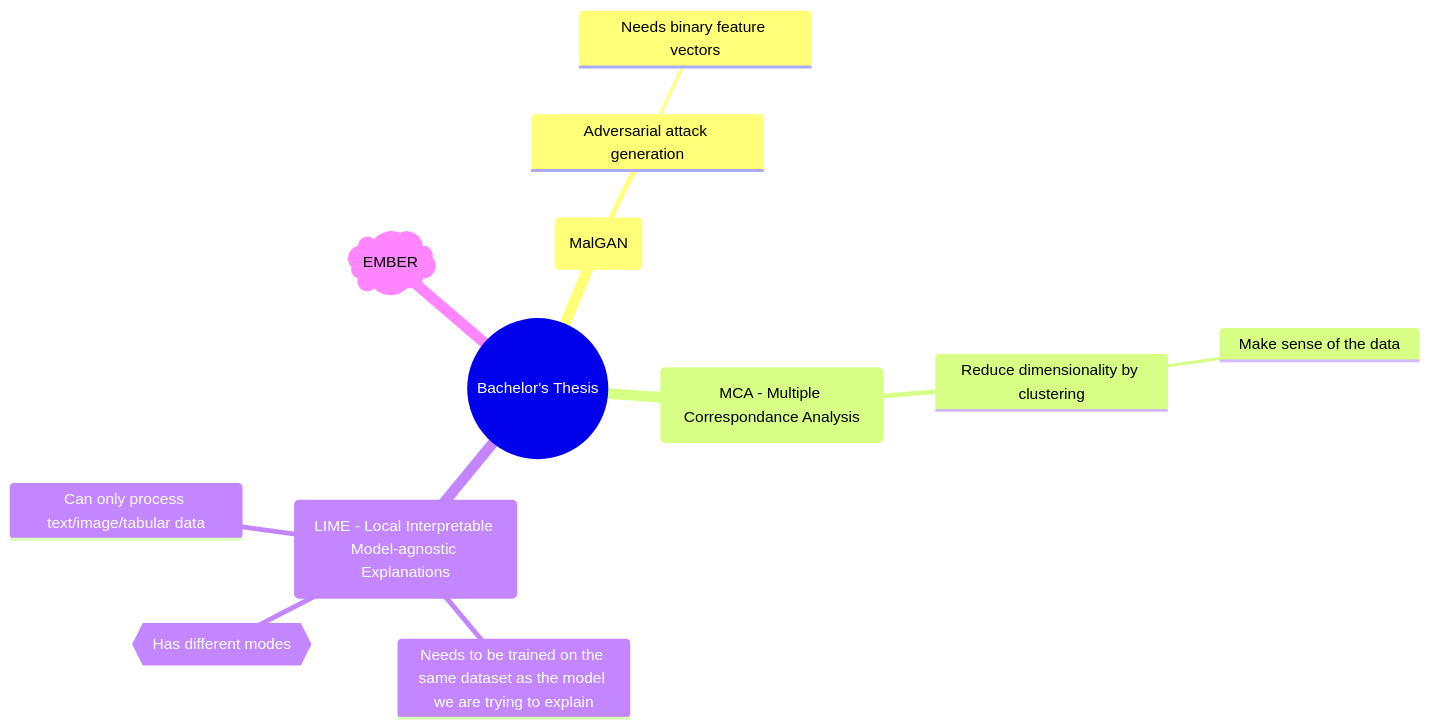
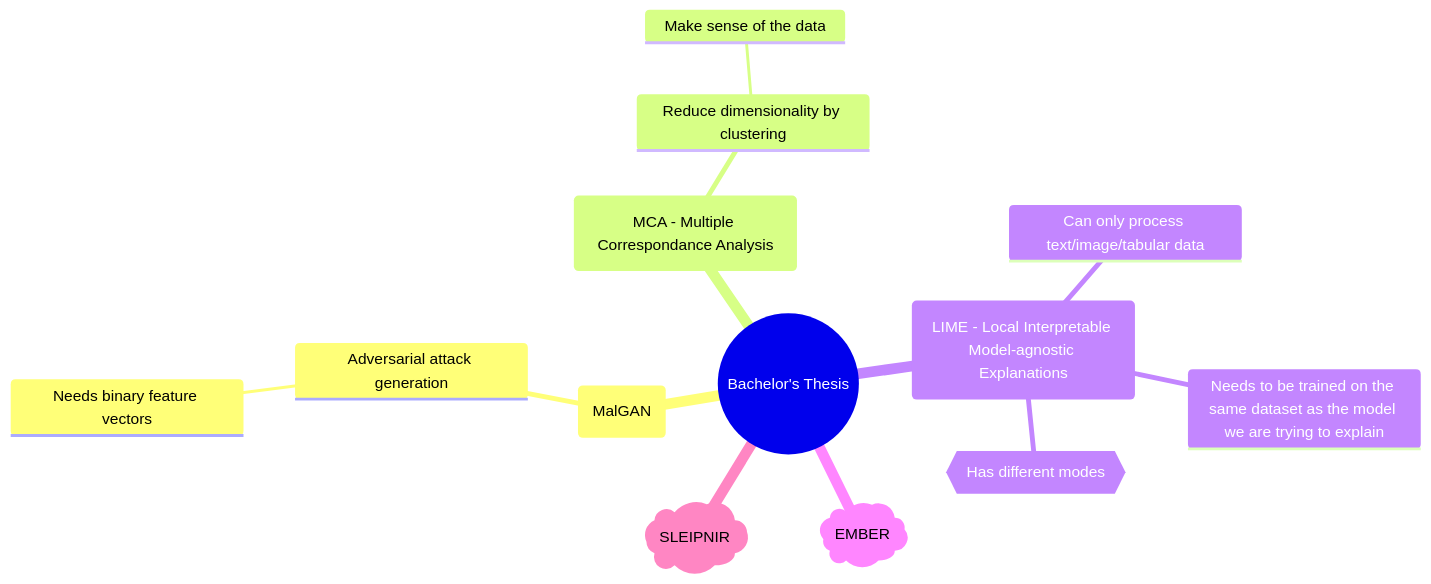
Before and after one commit to onlyidev/bachelor: the diagram in README.md, drawn with Mermaid.

Commit message:
Add SLEIPNIR to mind map

````diff
--- a/README.md
+++ b/README.md
@@ -24,15 +24,16 @@
 ```mermaid
 mindmap
   root((Bachelor's Thesis))
     (MalGAN)
         Adversarial attack generation
             Needs binary feature vectors
     (MCA - Multiple Correspondance Analysis)
         Reduce dimensionality by clustering
             Make sense of the data
     (LIME - Local Interpretable Model-agnostic Explanations)
         Can only process text/image/tabular data
         Needs to be trained on the same dataset as the model we are trying to explain
         {{Has different modes}}
     ember)EMBER(
+    sleipnir)SLEIPNIR(
 ```
````
